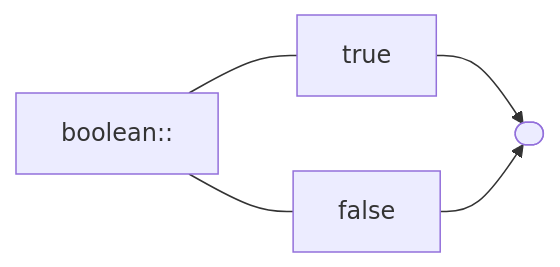
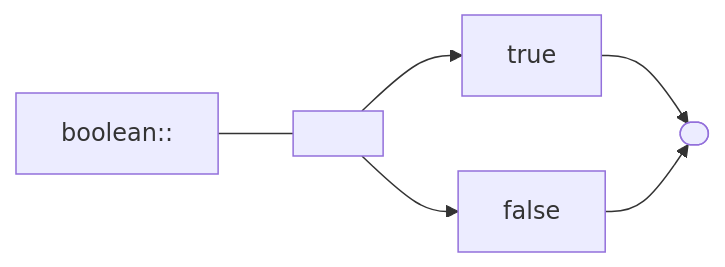
Before and after one commit to andrewfstratton/quandoscript: the tenth of 18 diagrams in README.md, drawn with Mermaid. The commit also changed other lines of this file, not shown here.

````diff
--- a/README.md
+++ b/README.md
@@ -77,6 +77,6 @@
 ```mermaid
 graph LR
-    stop([" "])
-    boolean::--- true --> stop
-    boolean::--- false --> stop
+    stop([ ])
+    boolean::---l[ ]--> true --> stop
+    l-->false --> stop
 ```
````
